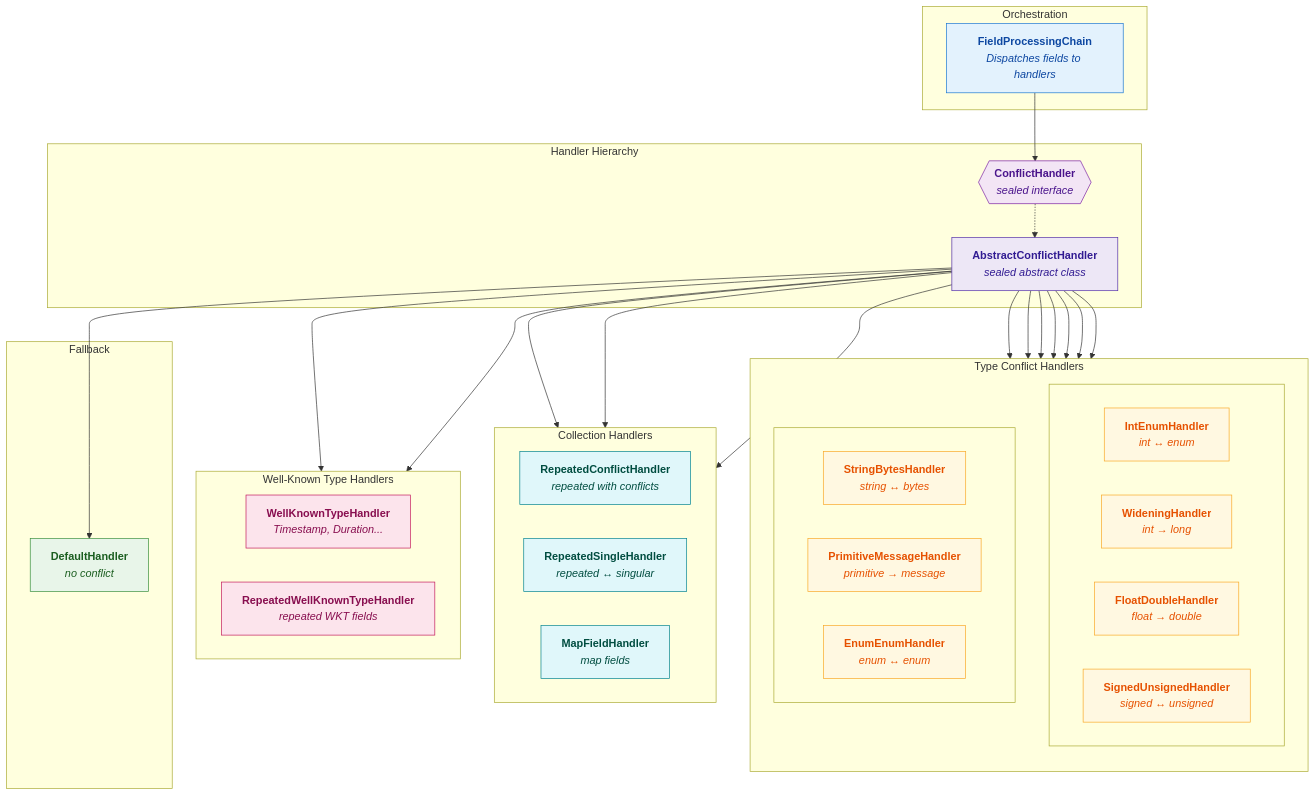
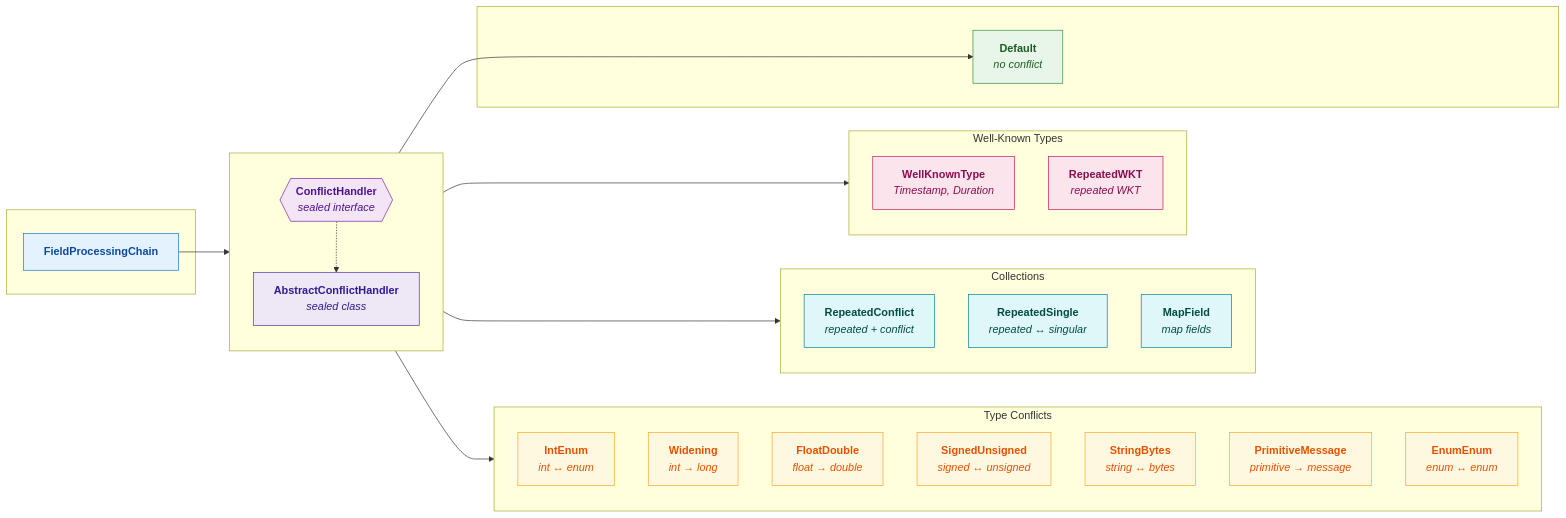
One commit to alnovis/proto-wrapper-plugin changed the second of 2 diagrams in README.md. Above: the diagram before and after it, drawn with Mermaid.

Commit message:
docs: update to v1.6.0 with improved Mermaid diagrams

````diff
--- a/README.md
+++ b/README.md
@@ -824,70 +824,64 @@
 ```mermaid
-flowchart TB
-    subgraph Orchestration["Orchestration"]
-        FPC["<b>FieldProcessingChain</b><br/><i>Dispatches fields to handlers</i>"]
+flowchart LR
+    subgraph Orchestration[" "]
+        FPC["<b>FieldProcessingChain</b>"]
     end
 
-    subgraph Hierarchy["Handler Hierarchy"]
+    subgraph Hierarchy[" "]
+        direction TB
         CH{{"<b>ConflictHandler</b><br/><i>sealed interface</i>"}}
-        ACH["<b>AbstractConflictHandler</b><br/><i>sealed abstract class</i>"]
+        ACH["<b>AbstractConflictHandler</b><br/><i>sealed class</i>"]
         CH -.-> ACH
     end
 
-    subgraph TypeHandlers["Type Conflict Handlers"]
+    subgraph TypeHandlers["Type Conflicts"]
         direction TB
-        subgraph TypeRow1[" "]
-            direction LR
-            IEH["<b>IntEnumHandler</b><br/><i>int ↔ enum</i>"]
-            WH["<b>WideningHandler</b><br/><i>int → long</i>"]
-            FDH["<b>FloatDoubleHandler</b><br/><i>float → double</i>"]
-            SUH["<b>SignedUnsignedHandler</b><br/><i>signed ↔ unsigned</i>"]
-        end
-        subgraph TypeRow2[" "]
-            direction LR
-            SBH["<b>StringBytesHandler</b><br/><i>string ↔ bytes</i>"]
-            PMH["<b>PrimitiveMessageHandler</b><br/><i>primitive → message</i>"]
-            EEH["<b>EnumEnumHandler</b><br/><i>enum ↔ enum</i>"]
-        end
+        IEH["<b>IntEnum</b><br/><i>int ↔ enum</i>"]
+        WH["<b>Widening</b><br/><i>int → long</i>"]
+        FDH["<b>FloatDouble</b><br/><i>float → double</i>"]
+        SUH["<b>SignedUnsigned</b><br/><i>signed ↔ unsigned</i>"]
+        SBH["<b>StringBytes</b><br/><i>string ↔ bytes</i>"]
+        PMH["<b>PrimitiveMessage</b><br/><i>primitive → message</i>"]
+        EEH["<b>EnumEnum</b><br/><i>enum ↔ enum</i>"]
     end
 
-    subgraph CollectionHandlers["Collection Handlers"]
-        direction LR
-        RCH["<b>RepeatedConflictHandler</b><br/><i>repeated with conflicts</i>"]
-        RSH["<b>RepeatedSingleHandler</b><br/><i>repeated ↔ singular</i>"]
-        MFH["<b>MapFieldHandler</b><br/><i>map fields</i>"]
+    subgraph CollectionHandlers["Collections"]
+        direction TB
+        RCH["<b>RepeatedConflict</b><br/><i>repeated + conflict</i>"]
+        RSH["<b>RepeatedSingle</b><br/><i>repeated ↔ singular</i>"]
+        MFH["<b>MapField</b><br/><i>map fields</i>"]
     end
 
-    subgraph WKTHandlers["Well-Known Type Handlers"]
-        direction LR
-        WKTH["<b>WellKnownTypeHandler</b><br/><i>Timestamp, Duration...</i>"]
-        RWKTH["<b>RepeatedWellKnownTypeHandler</b><br/><i>repeated WKT fields</i>"]
+    subgraph WKTHandlers["Well-Known Types"]
+        direction TB
+        WKTH["<b>WellKnownType</b><br/><i>Timestamp, Duration</i>"]
+        RWKTH["<b>RepeatedWKT</b><br/><i>repeated WKT</i>"]
     end
 
-    subgraph Fallback["Fallback"]
-        DH["<b>DefaultHandler</b><br/><i>no conflict</i>"]
+    subgraph Fallback[" "]
+        DH["<b>Default</b><br/><i>no conflict</i>"]
     end
 
     FPC --> CH
-    ACH --> IEH & WH & FDH & SUH
-    ACH --> SBH & PMH & EEH
-    ACH --> RCH & RSH & MFH
-    ACH --> WKTH & RWKTH
+    ACH --> TypeHandlers
+    ACH --> CollectionHandlers
+    ACH --> WKTHandlers
     ACH --> DH
 
     style FPC fill:#e3f2fd,stroke:#1976d2,color:#0d47a1
     style CH fill:#f3e5f5,stroke:#7b1fa2,color:#4a148c
     style ACH fill:#ede7f6,stroke:#512da8,color:#311b92
     style IEH fill:#fff8e1,stroke:#f9a825,color:#e65100
     style WH fill:#fff8e1,stroke:#f9a825,color:#e65100
     style FDH fill:#fff8e1,stroke:#f9a825,color:#e65100
     style SUH fill:#fff8e1,stroke:#f9a825,color:#e65100
     style SBH fill:#fff8e1,stroke:#f9a825,color:#e65100
     style PMH fill:#fff8e1,stroke:#f9a825,color:#e65100
     style EEH fill:#fff8e1,stroke:#f9a825,color:#e65100
     style RCH fill:#e0f7fa,stroke:#00838f,color:#004d40
     style RSH fill:#e0f7fa,stroke:#00838f,color:#004d40
     style MFH fill:#e0f7fa,stroke:#00838f,color:#004d40
     style WKTH fill:#fce4ec,stroke:#c2185b,color:#880e4f
     style RWKTH fill:#fce4ec,stroke:#c2185b,color:#880e4f
     style DH fill:#e8f5e9,stroke:#388e3c,color:#1b5e20
 ```
````
